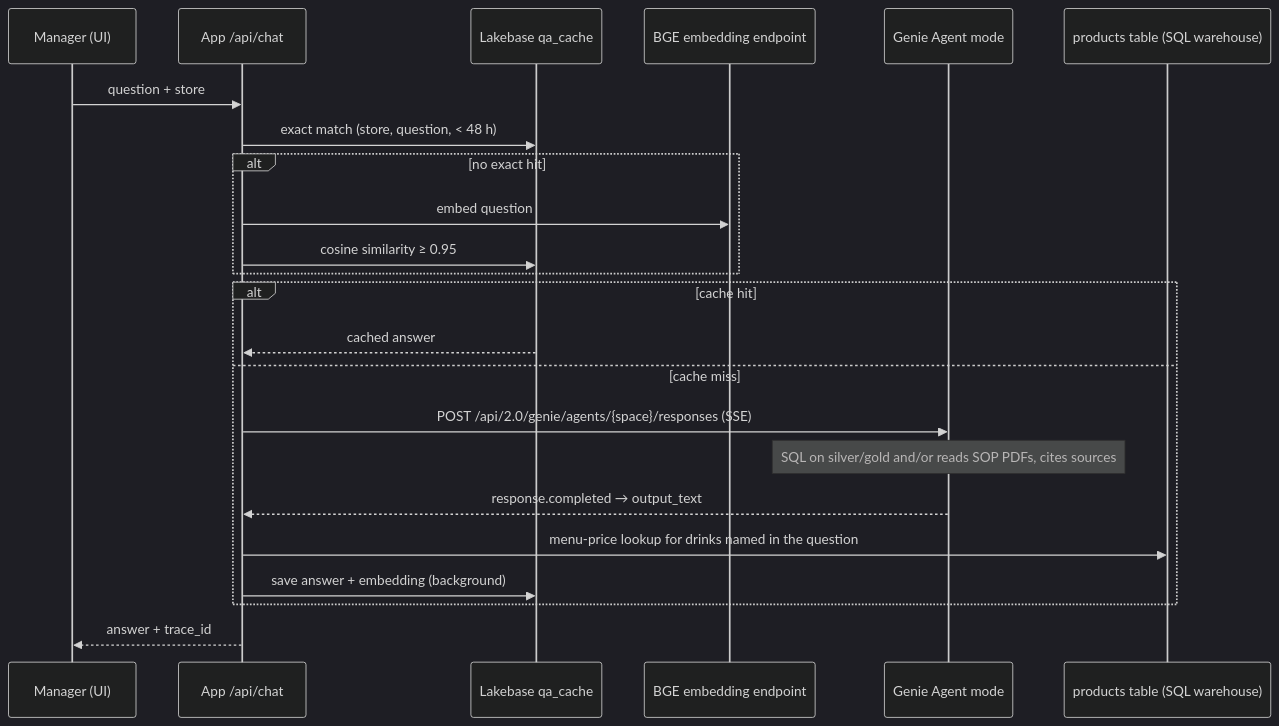
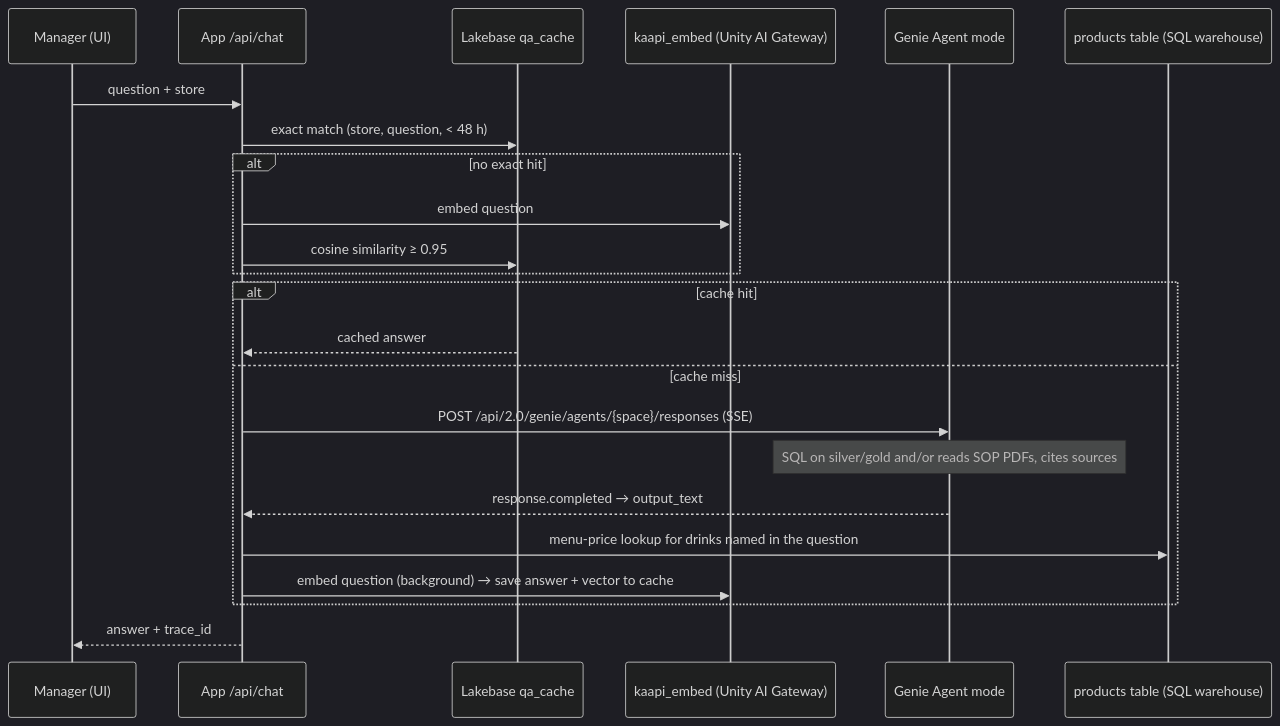
The second of 5 diagrams in ARCHITECTURE.md (kunalmega/kaapi-bricks-fe-bar), drawn with Mermaid (dark theme) before and after one commit. The commit also changed other lines of this file and 6 other files, not shown here.

First line of the commit message:
Docs: Unity AI Gateway built — architecture, README, deck, demo, roleplay

````diff
--- a/ARCHITECTURE.md
+++ b/ARCHITECTURE.md
@@ -150,25 +159,25 @@
 ```mermaid
 sequenceDiagram
     participant U as Manager (UI)
     participant A as App /api/chat
     participant C as Lakebase qa_cache
-    participant E as BGE embedding endpoint
+    participant E as kaapi_embed (Unity AI Gateway)
     participant G as Genie Agent mode
     participant P as products table (SQL warehouse)
     U->>A: question + store
     A->>C: exact match (store, question, < 48 h)
     alt no exact hit
         A->>E: embed question
         A->>C: cosine similarity ≥ 0.95
     end
     alt cache hit
         C-->>A: cached answer
     else cache miss
         A->>G: POST /api/2.0/genie/agents/{space}/responses (SSE)
         Note over G: SQL on silver/gold and/or reads SOP PDFs, cites sources
         G-->>A: response.completed → output_text
         A->>P: menu-price lookup for drinks named in the question
-        A->>C: save answer + embedding (background)
+        A->>E: embed question (background) → save answer + vector to cache
     end
     A-->>U: answer + trace_id
 ```
````
